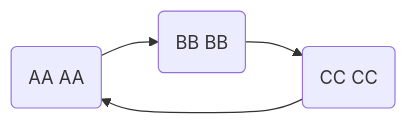
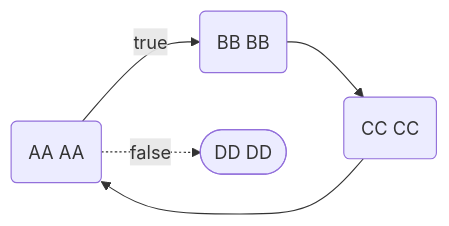
One commit to ho-doan/base_s changed the diagram in README.md. Above: the diagram before and after it, drawn with Mermaid.

Commit message:
update-readme

````diff
--- a/README.md
+++ b/README.md
@@ -114,6 +114,7 @@
 ```mermaid
 graph LR
-A("AA AA")-->B;
+A("AA AA")--true-->B;
+A("AA AA")-.false.->D(["DD DD"]);
 B("BB BB")-->C;
 C("CC CC")-->A;
 ```
````
